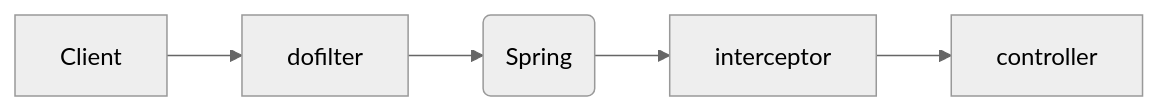
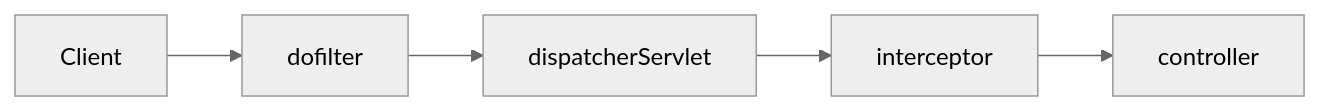
One commit to bwbw-kim/bwbw-kim.github.io changed the diagram in _posts/2023-05-22-doFilter.md. Above: the diagram before and after it, drawn with Mermaid (neutral theme).

Commit message:
Modify mermaid

````diff
--- a/_posts/2023-05-22-doFilter.md
+++ b/_posts/2023-05-22-doFilter.md
@@ -13,4 +13,4 @@
 ```mermaid
 graph LR
-    Client --> dofilter --> dispatcherServlet(Spring) --> interceptor --> controller
+    Client --> dofilter --> dispatcherServlet --> interceptor --> controller
 ```
````
